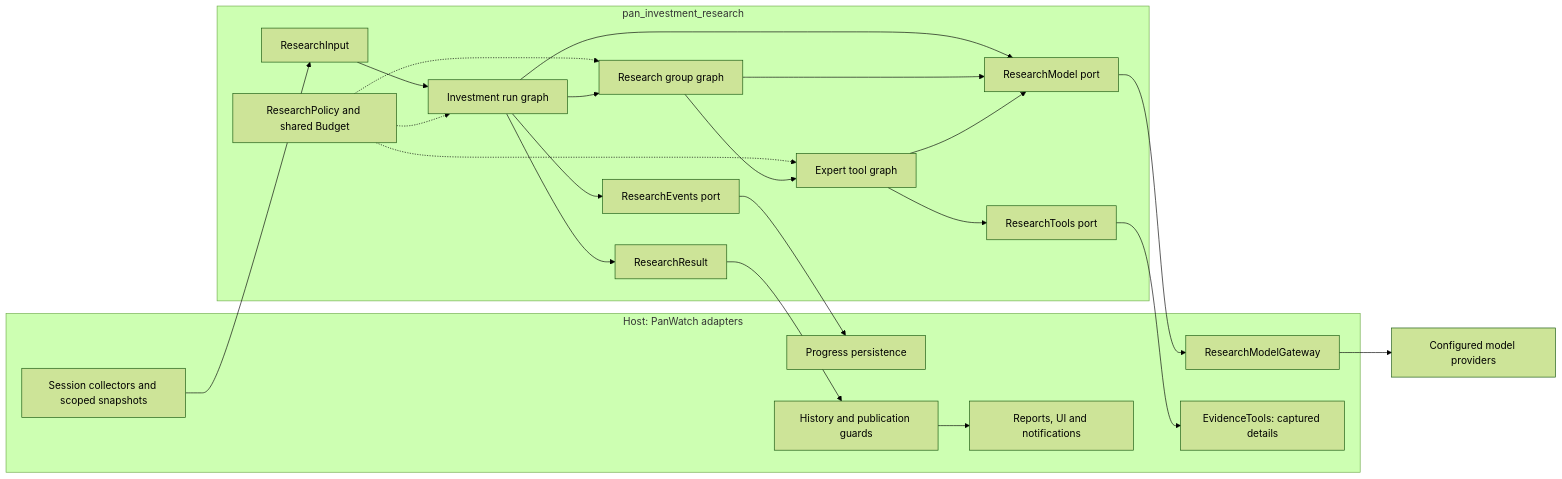
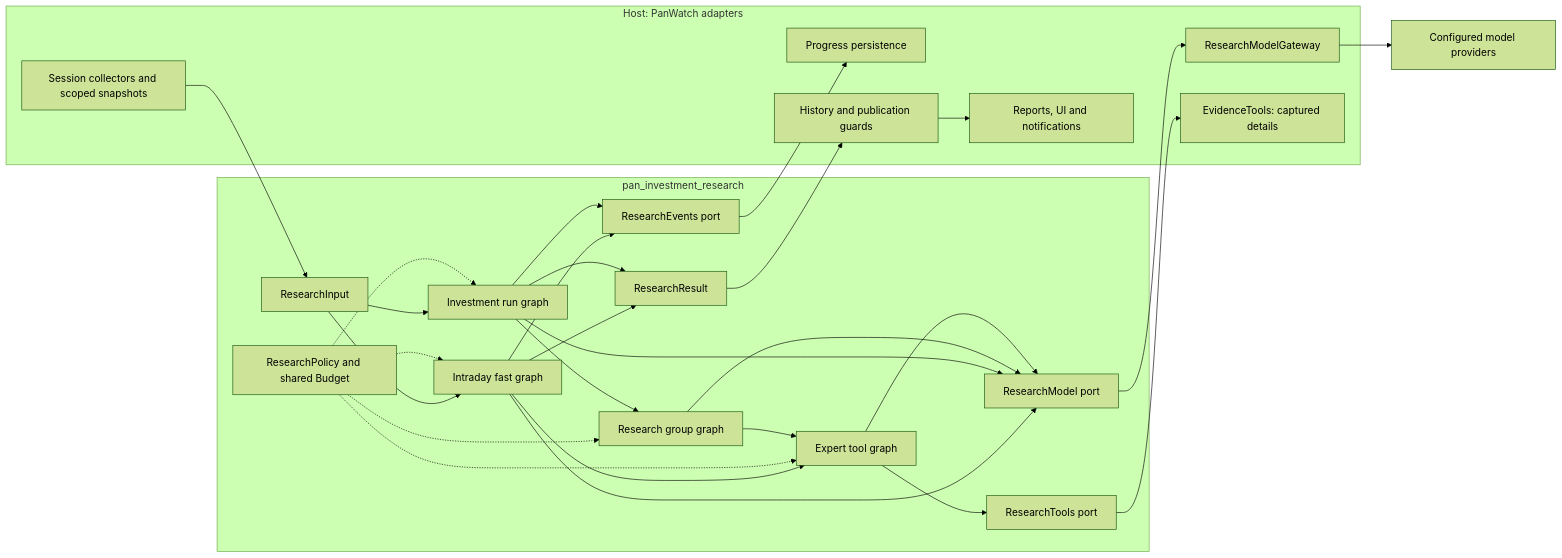
The first of 5 diagrams in packages/pan-investment-research/README.md (TNT-Likely/PanWatch), drawn with Mermaid (forest theme) before and after one commit. The commit also changed other lines of this file and 31 other files, not shown here.

Commit message:
feat(research): add configurable session graphs and fast intraday research

````diff
--- a/packages/pan-investment-research/README.md
+++ b/packages/pan-investment-research/README.md
@@ -33,34 +33,41 @@
 ```mermaid
 flowchart LR
     subgraph HOST["Host: PanWatch adapters"]
         COL["Session collectors and scoped snapshots"]
         GATEWAY["ResearchModelGateway"]
         DETAILS["EvidenceTools: captured details"]
         SINK["Progress persistence"]
         SAVE["History and publication guards"]
         VIEW["Reports, UI and notifications"]
     end
     subgraph PACKAGE["pan_investment_research"]
         INPUT["ResearchInput"]
         RUN["Investment run graph"]
+        FAST["Intraday fast graph"]
         GROUP["Research group graph"]
         EXPERT["Expert tool graph"]
         POLICY["ResearchPolicy and shared Budget"]
         MODEL["ResearchModel port"]
         TOOLS["ResearchTools port"]
         EVENTS["ResearchEvents port"]
         RESULT["ResearchResult"]
     end
     PROVIDER["Configured model providers"]
     COL --> INPUT --> RUN
+    INPUT --> FAST
+    FAST --> EXPERT
+    FAST --> MODEL
+    FAST --> EVENTS
+    FAST --> RESULT
+    POLICY -.-> FAST
     POLICY -.-> RUN
     POLICY -.-> GROUP
     POLICY -.-> EXPERT
     RUN --> GROUP --> EXPERT
     RUN --> MODEL
     GROUP --> MODEL
     EXPERT --> MODEL --> GATEWAY --> PROVIDER
     EXPERT --> TOOLS --> DETAILS
     RUN --> EVENTS --> SINK
     RUN --> RESULT --> SAVE --> VIEW
 ```
````
